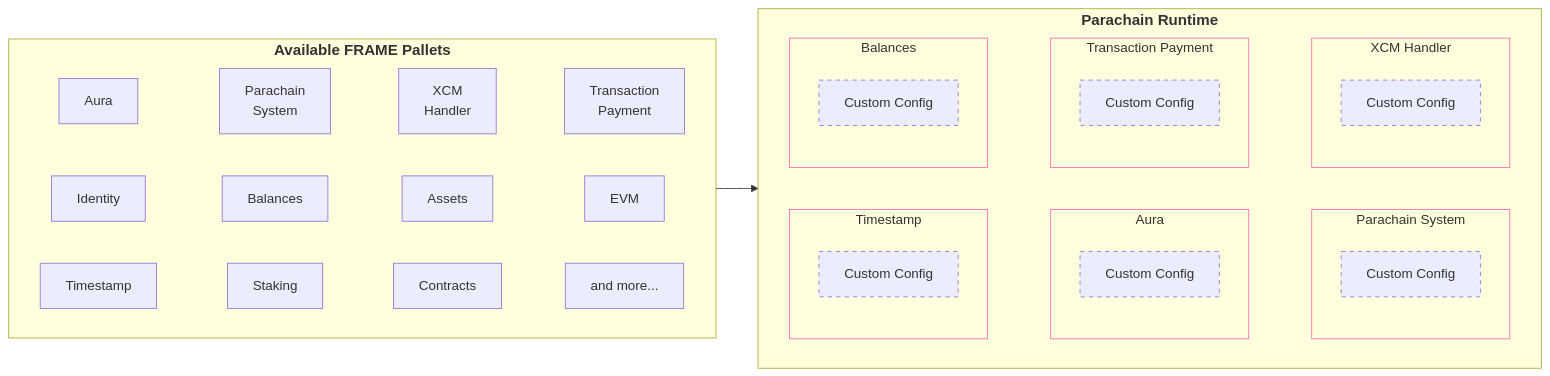
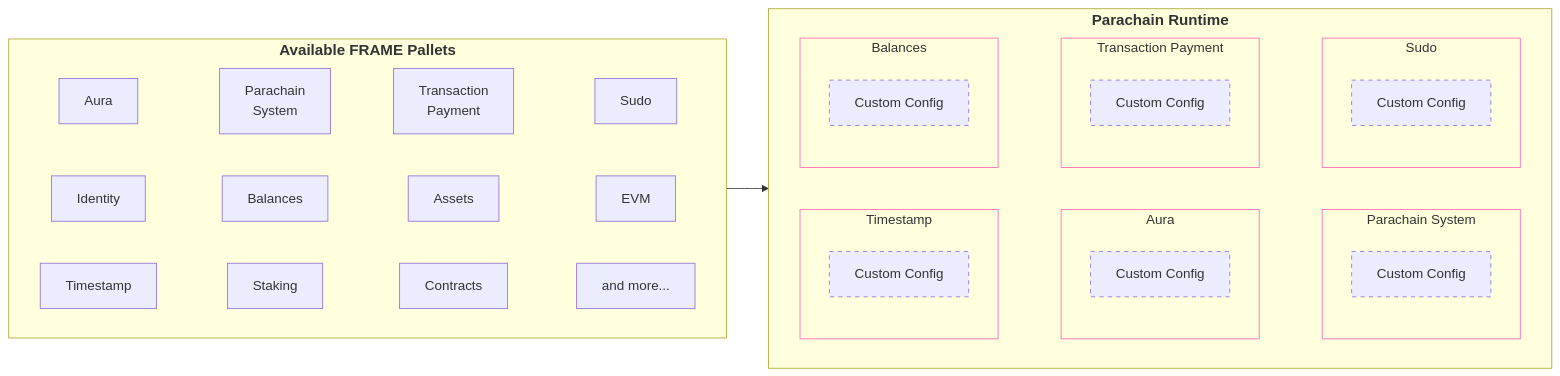
Before and after one commit to polkadot-developers/polkadot-docs: the second of 2 diagrams in parachains/overview.md, drawn with Mermaid. The commit also changed other lines of this file, not shown here.

````diff
--- a/parachains/overview.md
+++ b/parachains/overview.md
@@ -91,46 +87,46 @@
 ```mermaid
 graph LR
     subgraph SP["<b style='font-size:18px;'>Parachain Runtime</b>"]
         direction LR
         Timestamp ~~~ Aura ~~~ ParachainSystem
-        Balances ~~~ TransactionPayment ~~~ XcmHandler
+        Balances ~~~ TransactionPayment ~~~ Sudo
         subgraph Timestamp["Timestamp"]
             SS1[Custom Config]
         end
         subgraph Aura["Aura"]
             SS2[Custom Config]
         end
         subgraph ParachainSystem["Parachain System"]
             SS3[Custom Config]
         end
         subgraph Balances["Balances"]
             SS4[Custom Config]
         end
         subgraph TransactionPayment["Transaction Payment"]
             SS5[Custom Config]
         end
-        subgraph XcmHandler["XCM Handler"]
+        subgraph Sudo["Sudo"]
             SS6[Custom Config]
         end
         style Timestamp stroke:#FF69B4
         style Aura stroke:#FF69B4
         style ParachainSystem stroke:#FF69B4
         style Balances stroke:#FF69B4
         style TransactionPayment stroke:#FF69B4
-        style XcmHandler stroke:#FF69B4
+        style Sudo stroke:#FF69B4
         style SS1 stroke-dasharray: 5
         style SS2 stroke-dasharray: 5
         style SS3 stroke-dasharray: 5
         style SS4 stroke-dasharray: 5
         style SS5 stroke-dasharray: 5
         style SS6 stroke-dasharray: 5
 
     end
     subgraph AP["<b style='font-size:18px;'>Available FRAME Pallets</b>"]
         direction LR
-        A1[Aura]~~~A2[Parachain<br>System]~~~A3[XCM<br>Handler]~~~A4[Transaction<br>Payment]
+        A1[Aura]~~~A2[Parachain<br>System]~~~A3[Transaction<br>Payment]~~~A4[Sudo]
         B1[Identity]~~~B2[Balances]~~~B3[Assets]~~~B4[EVM]
         C1[Timestamp]~~~C2[Staking]~~~C3[Contracts]~~~C4[and more...]
     end
     AP --> SP
 ```
````
